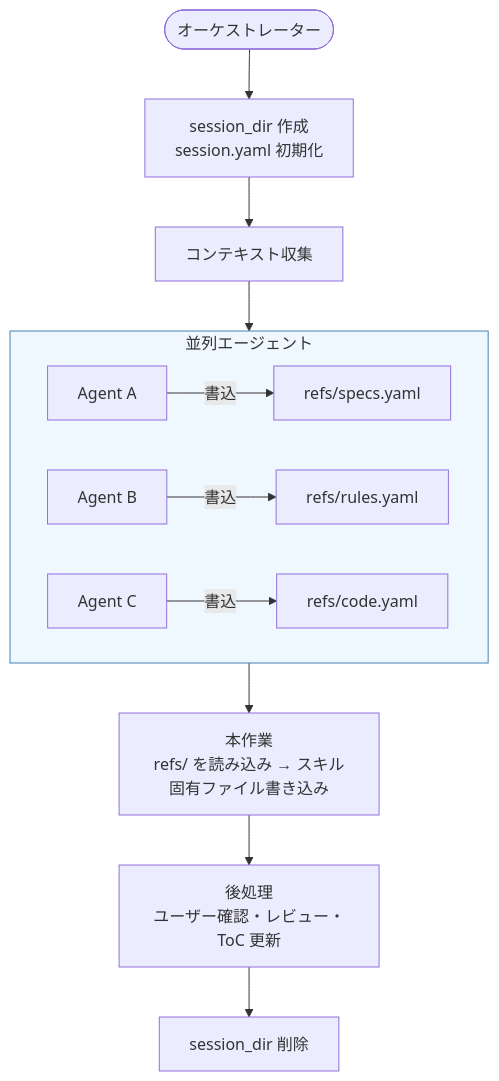
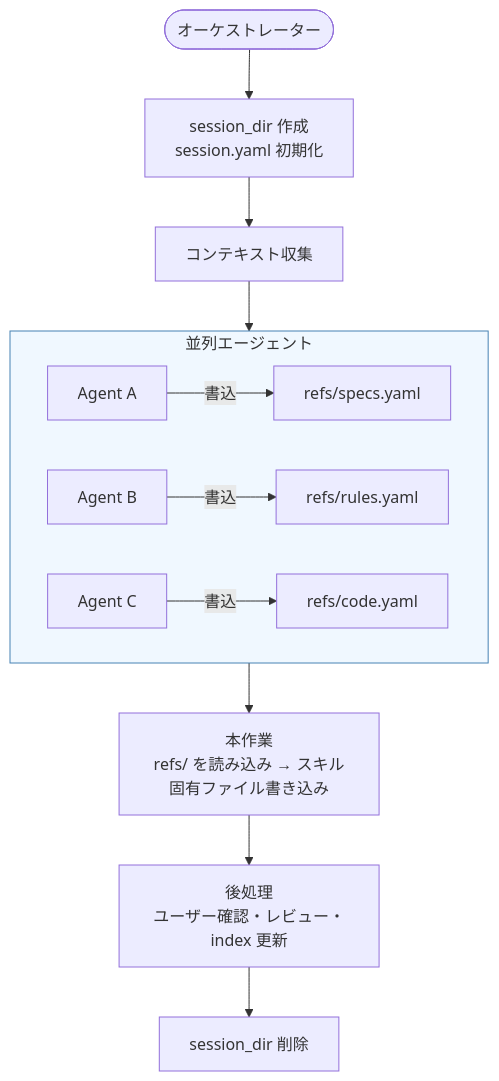
Before and after one commit to BlueEventHorizon/bw-cc-plugins: the third of 4 diagrams in docs/specs/forge/design/session_management_design.md, drawn with Mermaid. The commit also changed 18 other files, not shown here.

````diff
--- a/docs/specs/forge/design/session_management_design.md
+++ b/docs/specs/forge/design/session_management_design.md
@@ -182,20 +182,20 @@
 ```mermaid
 flowchart TD
     Orch([オーケストレーター]) --> Init[session_dir 作成<br/>session.yaml 初期化]
 
     Init --> Context[コンテキスト収集]
 
     subgraph parallel [並列エージェント]
         direction LR
         A[Agent A] -->|書込| Specs[refs/specs.yaml]
         B[Agent B] -->|書込| Rules[refs/rules.yaml]
         C[Agent C] -->|書込| Code[refs/code.yaml]
     end
 
     Context --> parallel
     parallel --> Work[本作業<br/>refs/ を読み込み → スキル固有ファイル書き込み]
-    Work --> Post[後処理<br/>ユーザー確認・レビュー・ToC 更新]
+    Work --> Post[後処理<br/>ユーザー確認・レビュー・index 更新]
     Post --> Delete[session_dir 削除]
 
     style parallel fill:#f0f8ff,stroke:#4682b4
 ```
````
